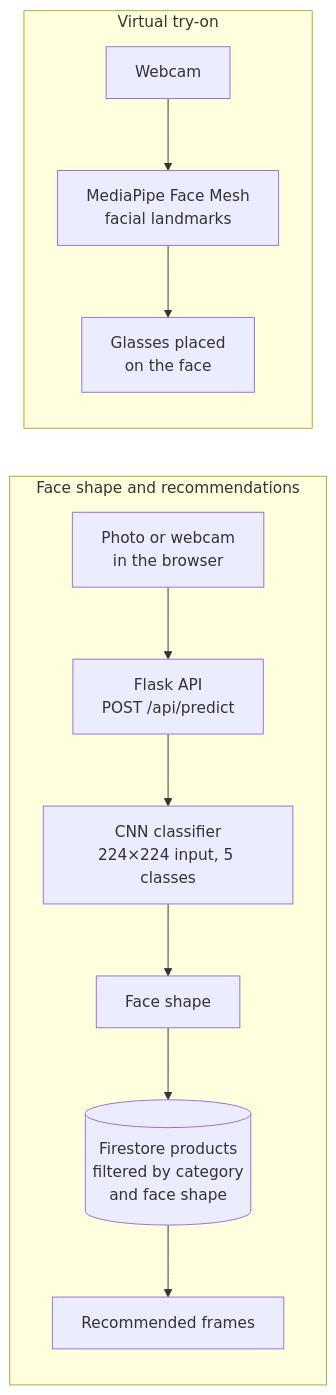
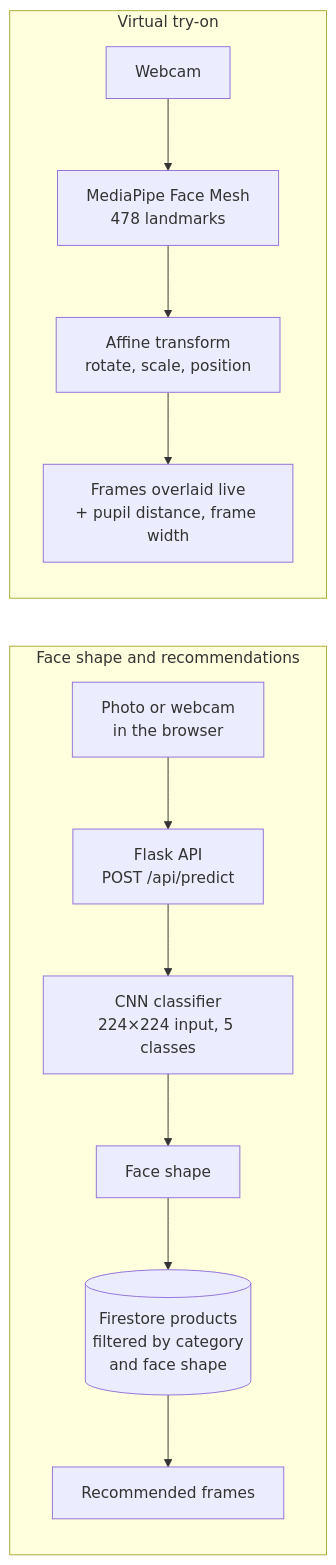
Before and after one commit to 25sheraz/ai-eyewear-platform: the diagram in README.md, drawn with Mermaid. The commit also changed other lines of this file, not shown here.

````diff
--- a/README.md
+++ b/README.md
@@ -16,14 +18,15 @@
 ```mermaid
 flowchart LR
     subgraph rec ["Face shape and recommendations"]
         A["Photo or webcam<br/>in the browser"] --> B["Flask API<br/>POST /api/predict"]
         B --> C["CNN classifier<br/>224×224 input, 5 classes"]
         C --> D["Face shape"]
         D --> E[("Firestore products<br/>filtered by category<br/>and face shape")]
         E --> F["Recommended frames"]
     end
     subgraph tryon ["Virtual try-on"]
-        G["Webcam"] --> H["MediaPipe Face Mesh<br/>facial landmarks"]
-        H --> I["Glasses placed<br/>on the face"]
+        G["Webcam"] --> H["MediaPipe Face Mesh<br/>478 landmarks"]
+        H --> I["Affine transform<br/>rotate, scale, position"]
+        I --> J["Frames overlaid live<br/>+ pupil distance, frame width"]
     end
 ```
````
